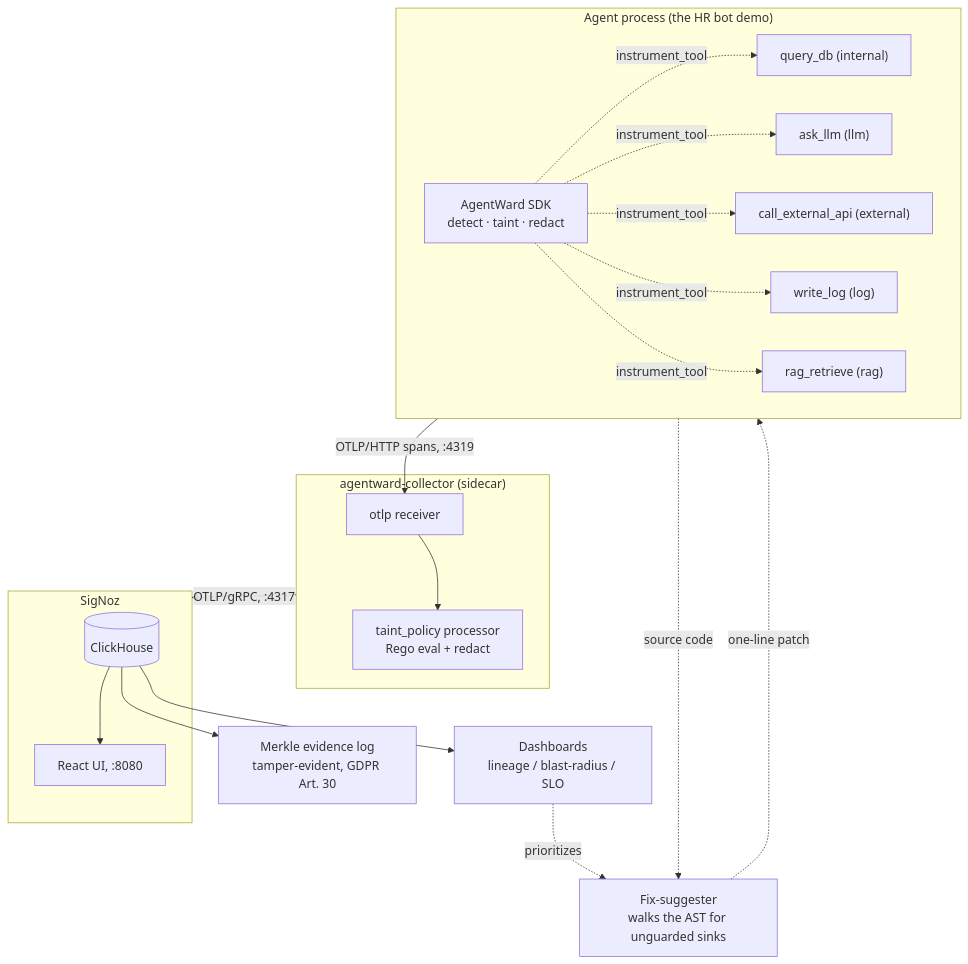
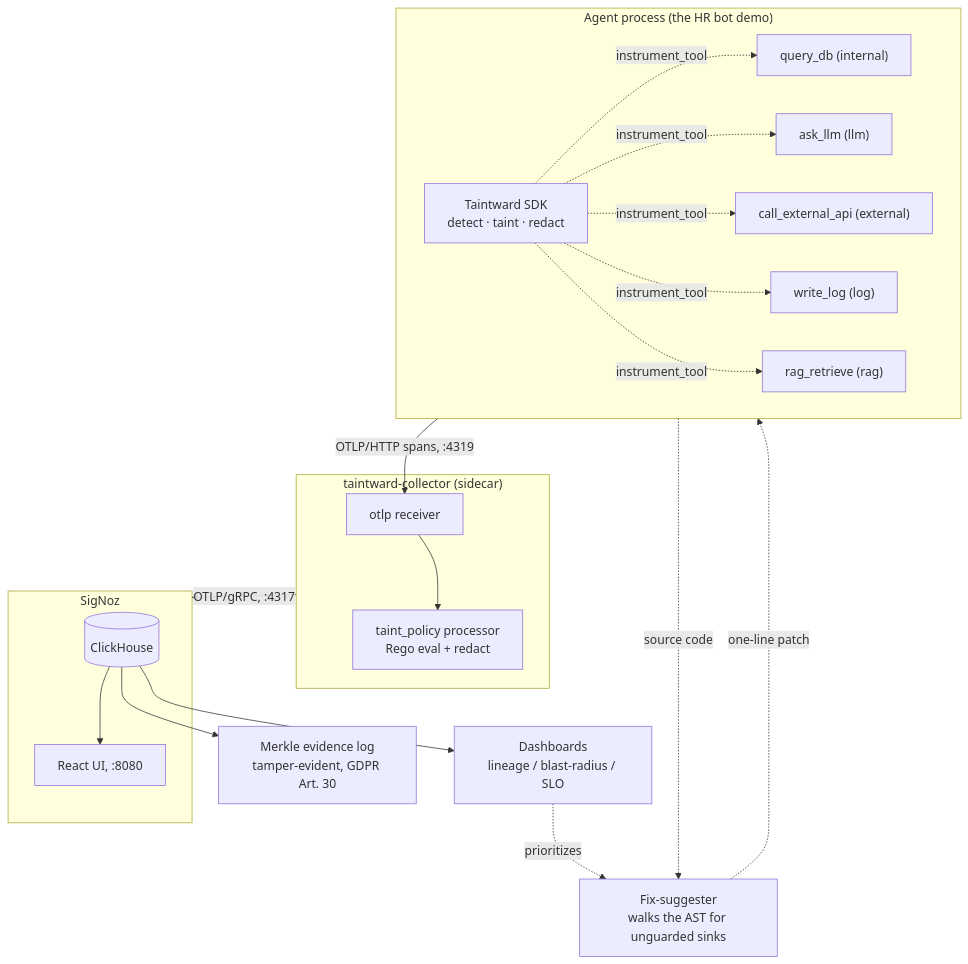
Before and after one commit to DCchoudhury15/Taintward: the second of 2 diagrams in README.md, drawn with Mermaid. The commit also changed other lines of this file and 197 other files, not shown here.

````diff
--- a/README.md
+++ b/README.md
@@ -56,38 +63,38 @@
 ```mermaid
 flowchart TD
     subgraph AP["Agent process (the HR bot demo)"]
-        SDK["AgentWard SDK<br/>detect · taint · redact"]
+        SDK["Taintward SDK<br/>detect · taint · redact"]
         T1["query_db (internal)"]
         T2["ask_llm (llm)"]
         T3["call_external_api (external)"]
         T4["write_log (log)"]
         T5["rag_retrieve (rag)"]
         SDK -. instrument_tool .-> T1
         SDK -. instrument_tool .-> T2
         SDK -. instrument_tool .-> T3
         SDK -. instrument_tool .-> T4
         SDK -. instrument_tool .-> T5
     end
 
     AP -->|"OTLP/HTTP spans, :4319"| RCV
 
-    subgraph SC["agentward-collector (sidecar)"]
+    subgraph SC["taintward-collector (sidecar)"]
         RCV["otlp receiver"]
         POL["taint_policy processor<br/>Rego eval + redact"]
         RCV --> POL
     end
 
     SC -->|"OTLP/gRPC, :4317"| SNZ
 
     subgraph SNZ["SigNoz"]
         CH[("ClickHouse")]
         UI["React UI, :8080"]
         CH --> UI
     end
 
     CH --> EV["Merkle evidence log<br/>tamper-evident, GDPR Art. 30"]
     CH --> DASH["Dashboards<br/>lineage / blast-radius / SLO"]
     DASH -. prioritizes .-> FIX
     AP -. source code .-> FIX["Fix-suggester<br/>walks the AST for unguarded sinks"]
     FIX -. one-line patch .-> AP
 ```
````
